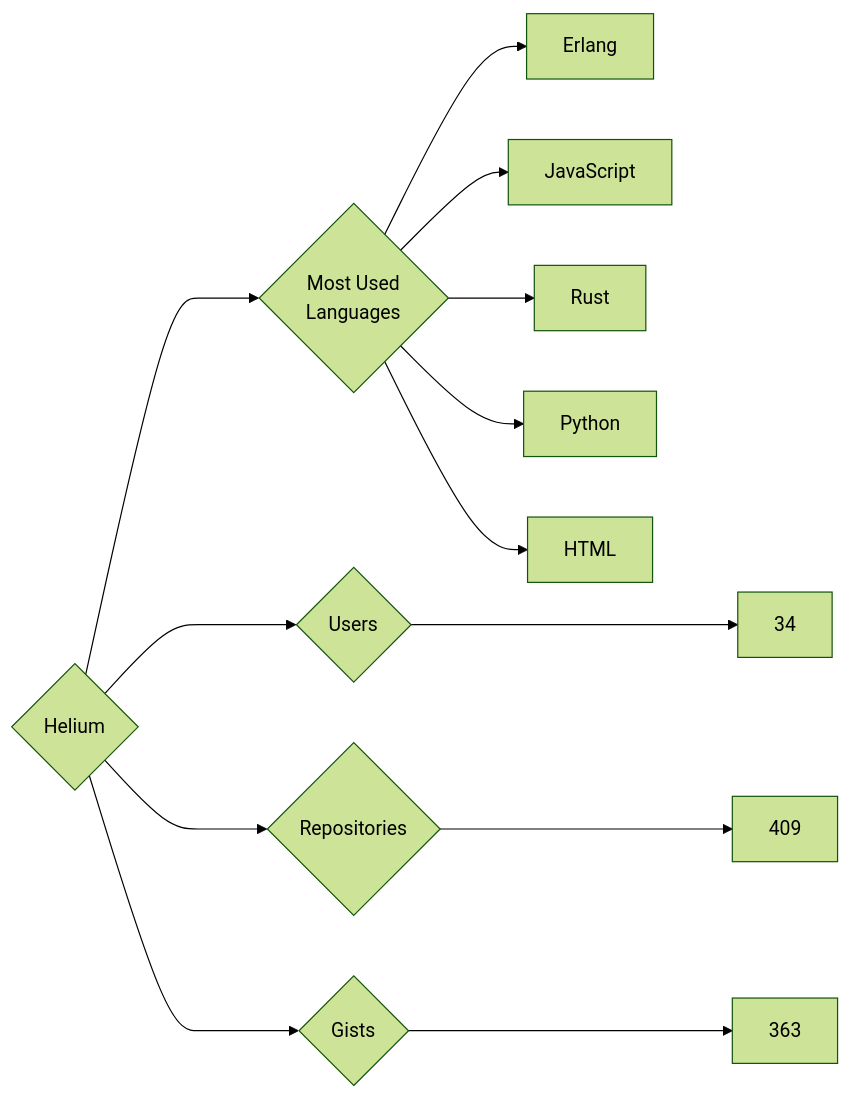
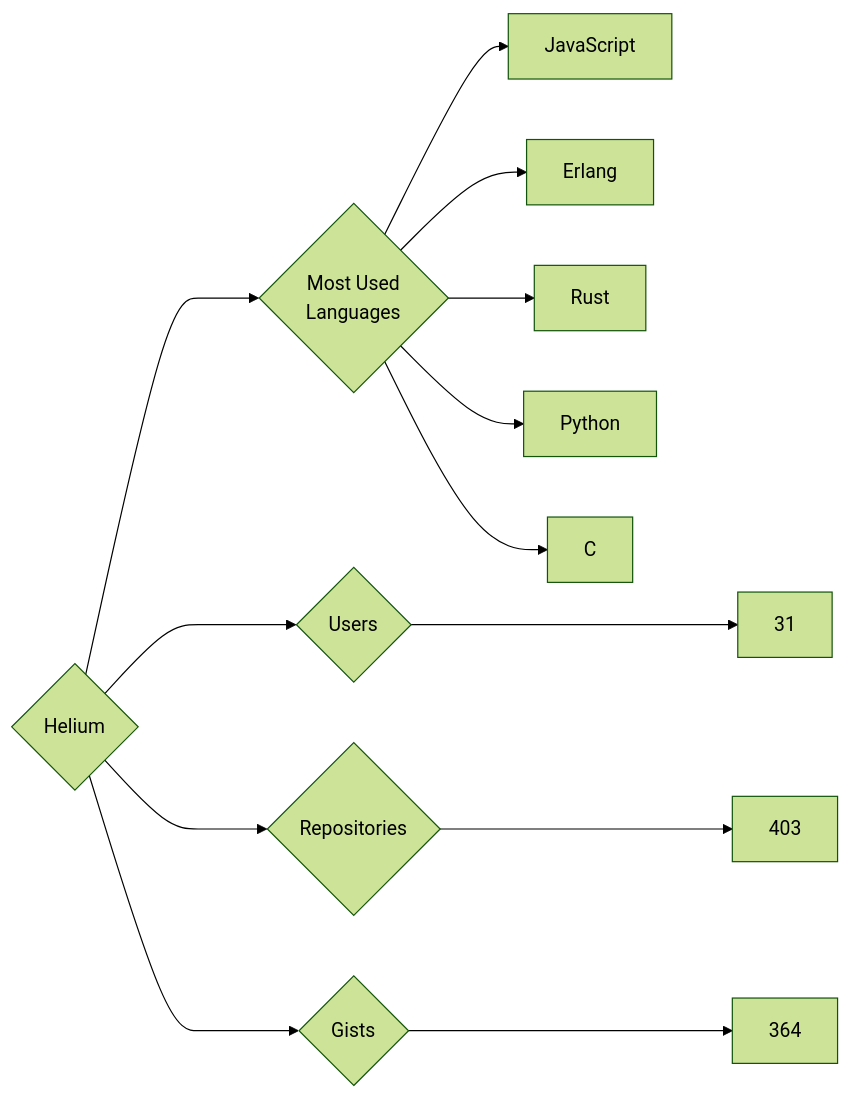
One commit to trickest/insiders changed the diagram in targets/Helium/README.md. Above: the diagram before and after it, drawn with Mermaid (forest theme). The commit also changed 736 other files, not shown here.

````diff
--- a/targets/Helium/README.md
+++ b/targets/Helium/README.md
@@ -3,13 +3,13 @@
 ```mermaid
 graph LR
 COMPANY_NAME{Helium}
-COMPANY_NAME ---> U{Users} ---> UN[34]
-COMPANY_NAME ---> R{Repositories} ---> RN[409]
-COMPANY_NAME ---> G{Gists} ---> GN[363]
+COMPANY_NAME ---> U{Users} ---> UN[31]
+COMPANY_NAME ---> R{Repositories} ---> RN[403]
+COMPANY_NAME ---> G{Gists} ---> GN[364]
 COMPANY_NAME ---> ML{Most Used<br>Languages}
+ML --> JavaScript[JavaScript]
 ML --> Erlang[Erlang]
-ML --> JavaScript[JavaScript]
 ML --> Rust[Rust]
 ML --> Python[Python]
-ML --> HTML[HTML]
+ML --> C[C]
 ```
````
